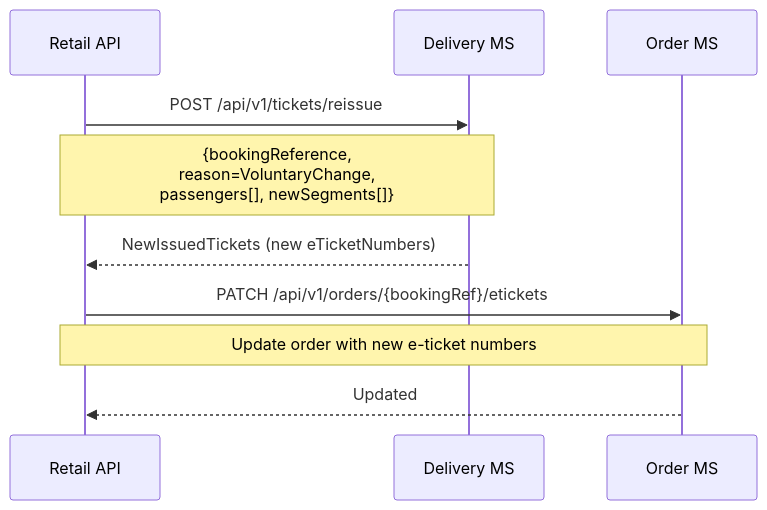
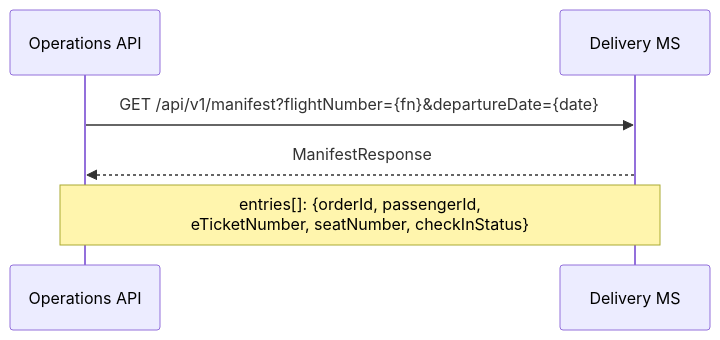
The sixth of 13 diagrams in documentation/sequences/delivery.md (sebharvey/airline-reservation-system), drawn with Mermaid before and after one commit. The commit also changed other lines of this file and 11 other files, not shown here.

````diff
--- a/documentation/sequences/delivery.md
+++ b/documentation/sequences/delivery.md
@@ -98,14 +124,9 @@
 ```mermaid
 sequenceDiagram
-    participant RetailAPI as Retail API
+    participant OpsAPI as Operations API
     participant DeliveryMS as Delivery MS
-    participant OrderMS as Order MS
 
-    RetailAPI->>DeliveryMS: POST /api/v1/tickets/reissue
-    Note over RetailAPI,DeliveryMS: {bookingReference,<br/>reason=VoluntaryChange,<br/>passengers[], newSegments[]}
-    DeliveryMS-->>RetailAPI: NewIssuedTickets (new eTicketNumbers)
-
-    RetailAPI->>OrderMS: PATCH /api/v1/orders/{bookingRef}/etickets
-    Note over RetailAPI,OrderMS: Update order with new e-ticket numbers
-    OrderMS-->>RetailAPI: Updated
+    OpsAPI->>DeliveryMS: GET /api/v1/manifest?flightNumber={fn}&departureDate={date}
+    DeliveryMS-->>OpsAPI: ManifestResponse
+    Note over DeliveryMS,OpsAPI: entries[]: {orderId, passengerId,<br/>eTicketNumber, seatNumber, checkInStatus}
 ```
````
